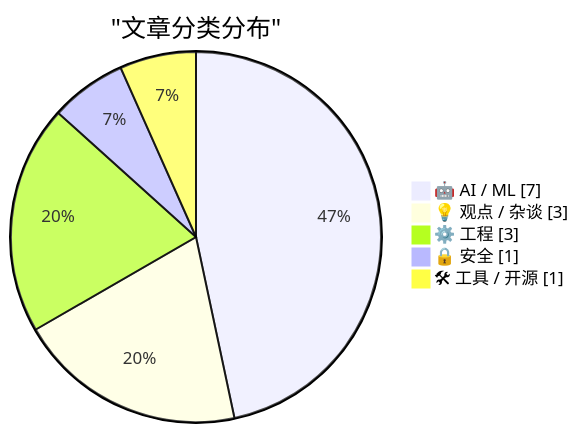
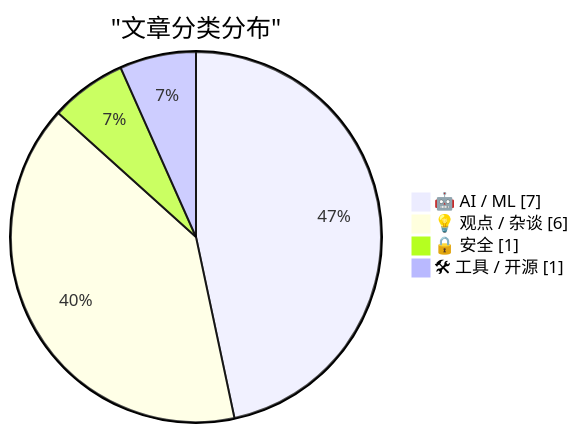
One commit to Halcyon-ccc/ai-daily-digest changed the first of 2 diagrams in digests/digest-20260810.md. Above: the diagram before and after it, drawn with Mermaid. The commit also changed other lines of this file, not shown here.

````diff
--- a/digests/digest-20260810.md
+++ b/digests/digest-20260810.md
@@ -391,9 +389,8 @@
 ```mermaid
 pie showData
     title "文章分类分布"
     "🤖 AI / ML" : 7
-    "💡 观点 / 杂谈" : 3
-    "⚙️ 工程" : 3
+    "💡 观点 / 杂谈" : 6
     "🔒 安全" : 1
     "🛠 工具 / 开源" : 1
 ```
````
